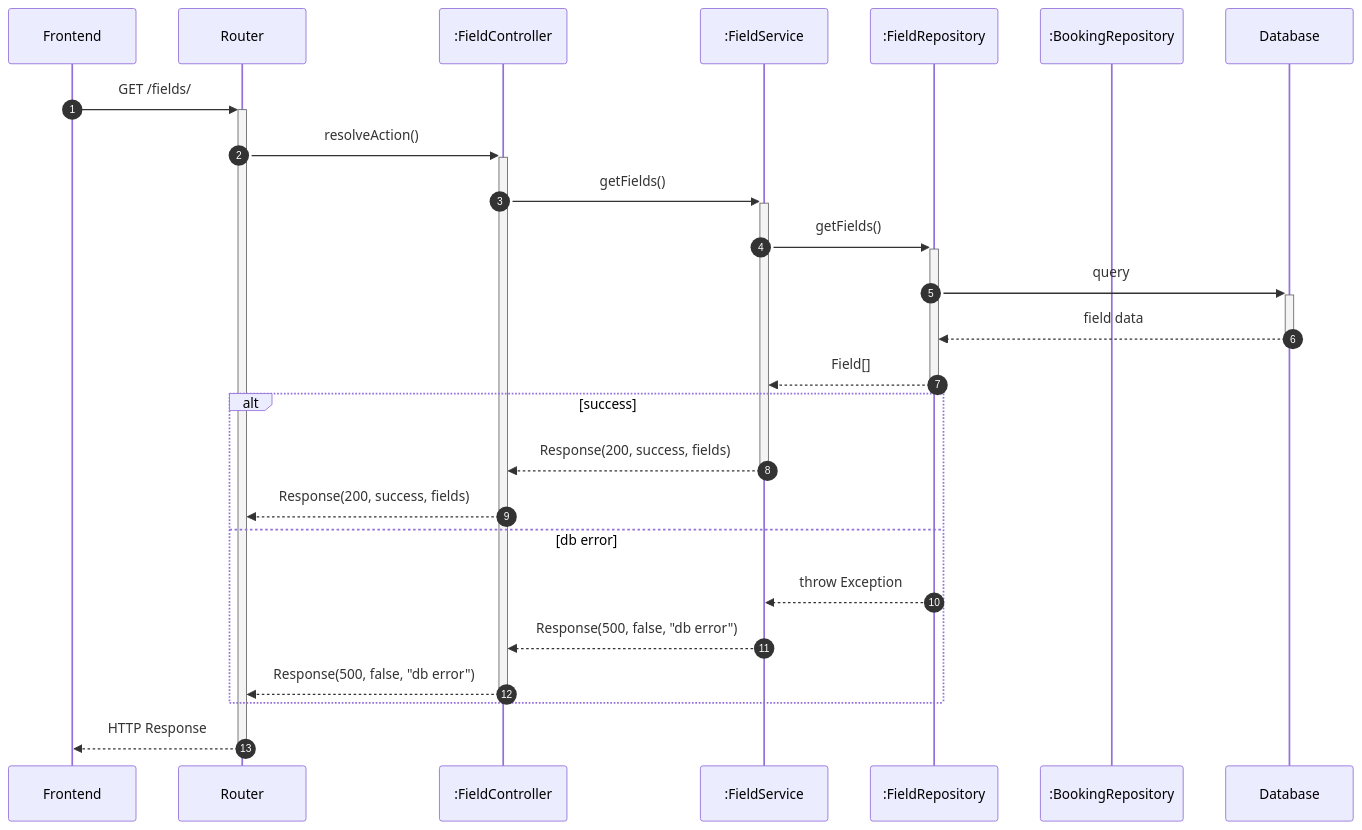
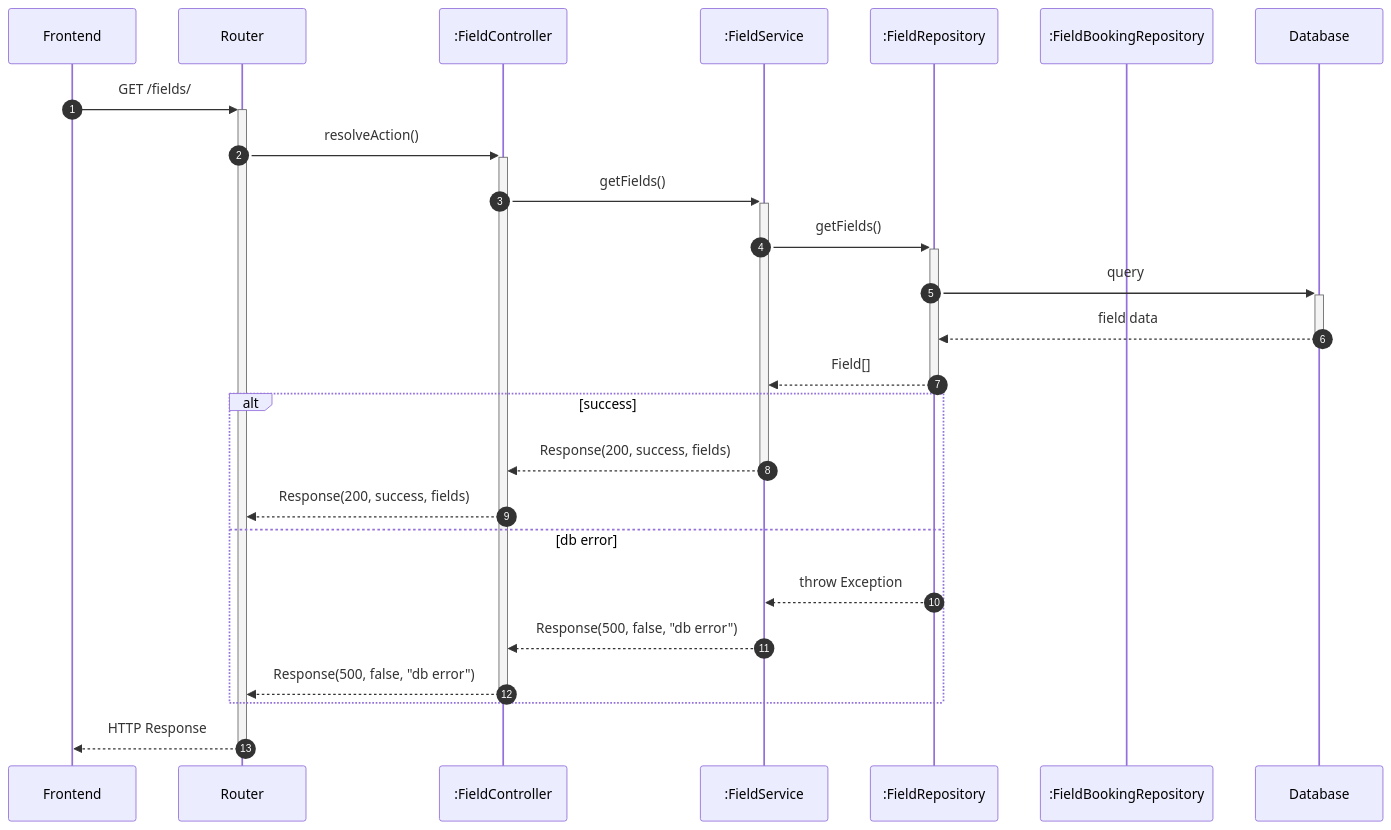
Before and after one commit to mb4dev/progetto-prova: the third of 4 diagrams in consegna docu/diagrammi/UC03.md, drawn with Mermaid. The commit also changed other lines of this file and 5 other files, not shown here.

````diff
--- a/consegna docu/diagrammi/UC03.md
+++ b/consegna docu/diagrammi/UC03.md
@@ -100,32 +100,32 @@
 ```mermaid
 sequenceDiagram
     autonumber
 
     participant frontend as Frontend
     participant router as Router
     participant controller as :FieldController
     participant service as :FieldService
     participant fieldRepo as :FieldRepository
-    participant bookingRepo as :BookingRepository
+    participant bookingRepo as :FieldBookingRepository
     participant db as Database
 
     frontend ->>+ router: GET /fields/
     router ->>+ controller: resolveAction()
     controller ->>+ service: getFields()
     
     service ->>+ fieldRepo: getFields()
     fieldRepo ->>+ db: query
     db -->>- fieldRepo: field data
     fieldRepo -->>- service: Field[]
     alt success
         service -->>- controller: Response(200, success, fields)
         controller -->> router: Response(200, success, fields)
     else db error
         fieldRepo -->> service: throw Exception
         service -->> controller: Response(500, false, "db error")
         controller -->> router: Response(500, false, "db error")
         deactivate controller
     end
     
     router -->>- frontend: HTTP Response
 ```
````
